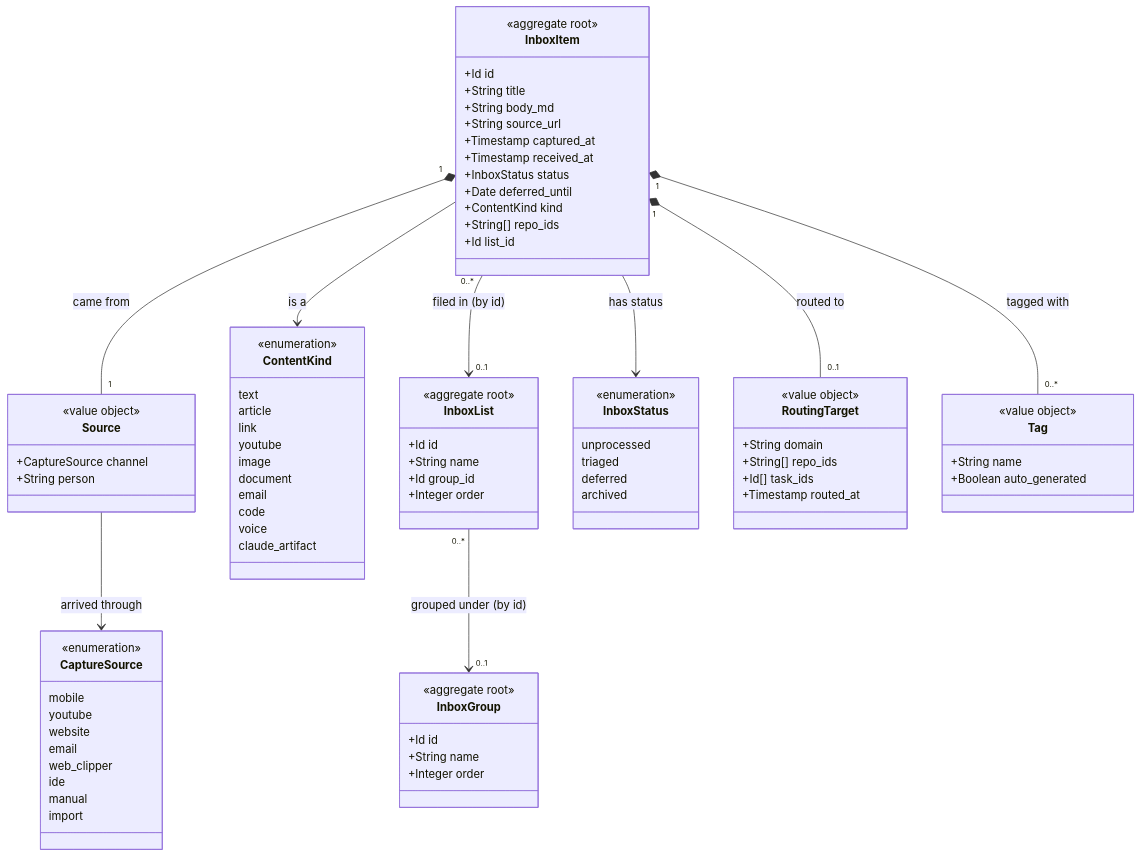
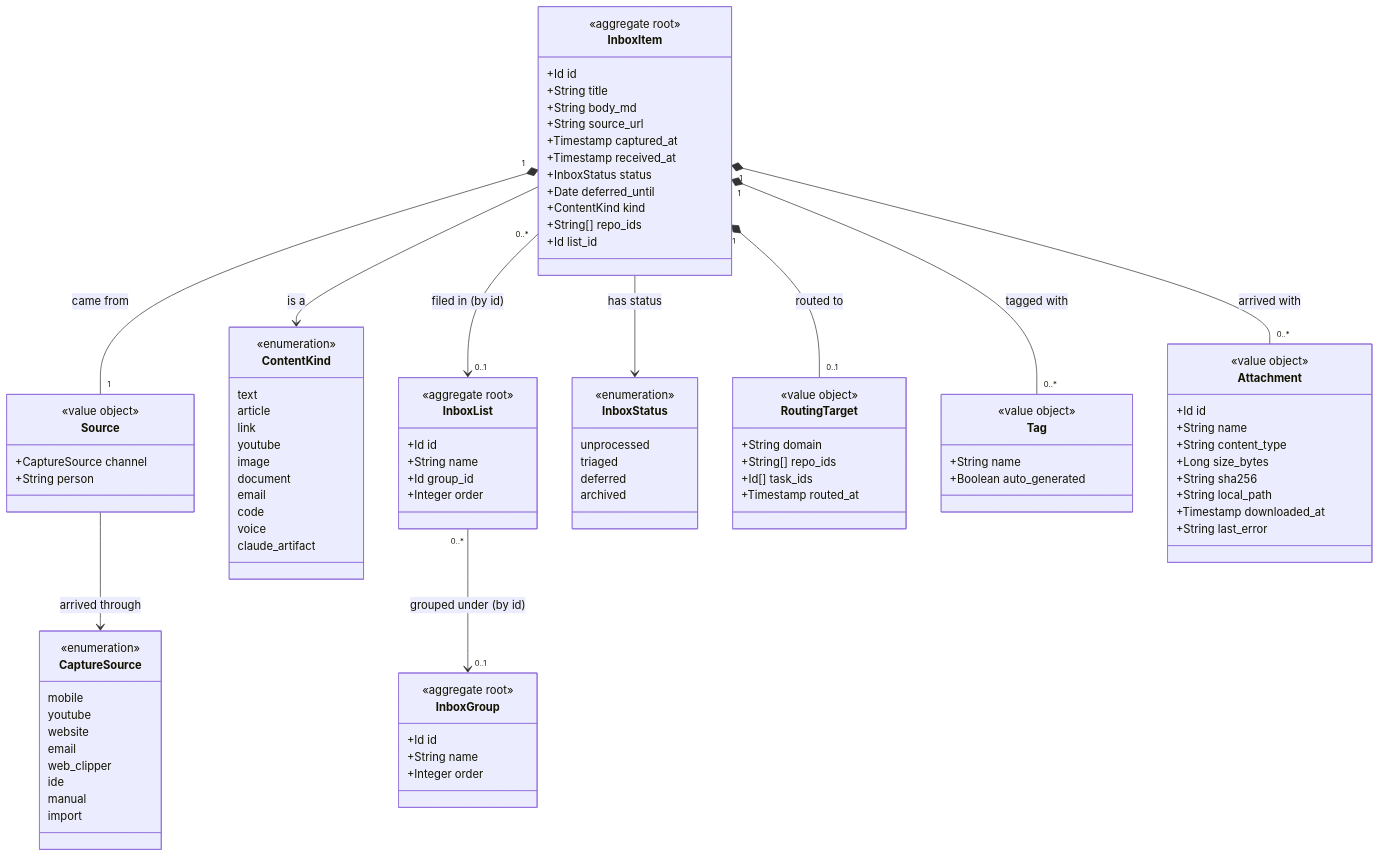
Before and after one commit to JSdotNet/Backlog: the diagram in .devbook/domain/inbox/model.md, drawn with Mermaid. The commit also changed other lines of this file and 8 other files, not shown here.

````diff
--- a/.devbook/domain/inbox/model.md
+++ b/.devbook/domain/inbox/model.md
@@ -89,6 +89,17 @@
         +String name
         +Boolean auto_generated
     }
+    class Attachment {
+        <<value object>>
+        +Id id
+        +String name
+        +String content_type
+        +Long size_bytes
+        +String sha256
+        +String local_path
+        +Timestamp downloaded_at
+        +String last_error
+    }
 
     InboxItem --> InboxStatus : has status
     InboxItem --> ContentKind : is a
@@ -96,6 +107,7 @@
     Source --> CaptureSource : arrived through
     InboxItem "1" *-- "0..*" Tag : tagged with
     InboxItem "1" *-- "0..1" RoutingTarget : routed to
+    InboxItem "1" *-- "0..*" Attachment : arrived with
     InboxItem "0..*" --> "0..1" InboxList : filed in (by id)
     InboxList "0..*" --> "0..1" InboxGroup : grouped under (by id)
 ```
````
